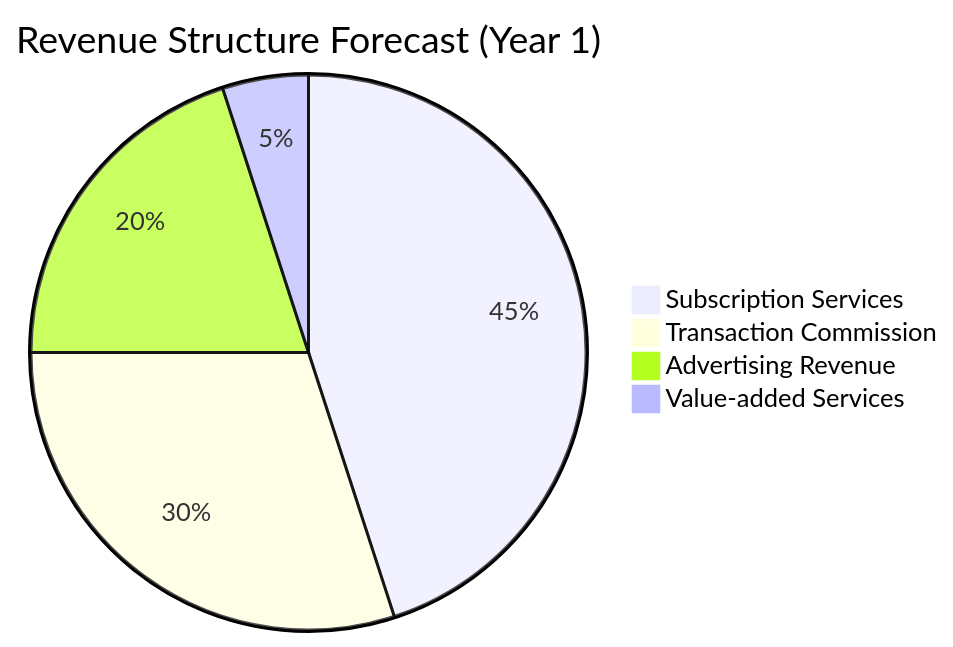
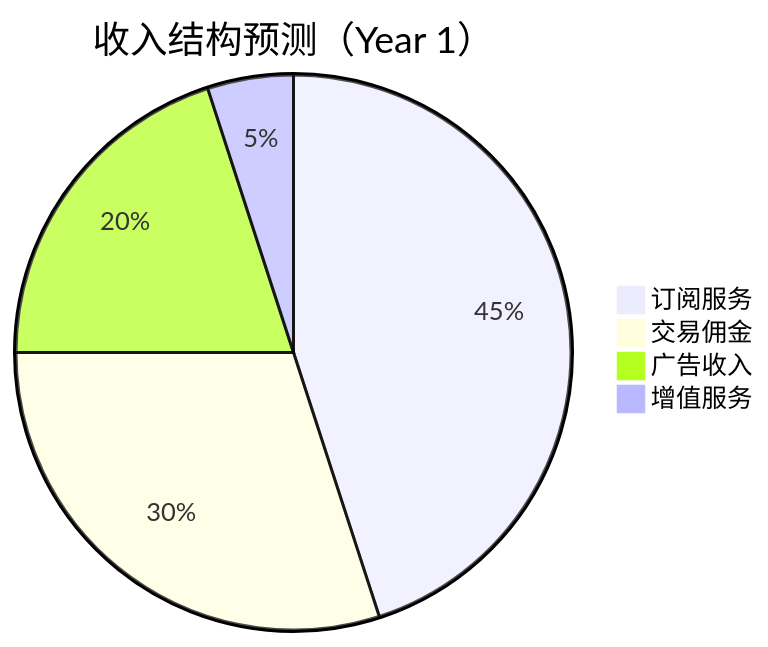
The fifth of 9 diagrams in templates/Product/Strategy/Template-BRD.md (Kirky-X/cangjie), drawn with Mermaid before and after one commit. The commit also changed other lines of this file and 33 other files, not shown here.

````diff
--- a/templates/Product/Strategy/Template-BRD.md
+++ b/templates/Product/Strategy/Template-BRD.md
@@ -217,7 +217,7 @@
 ```mermaid
-pie title Revenue Structure Forecast (Year 1)
-    "Subscription Services" : 45
-    "Transaction Commission" : 30
-    "Advertising Revenue" : 20
-    "Value-added Services" : 5
+pie title 收入结构预测（Year 1）
+    "订阅服务" : 45
+    "交易佣金" : 30
+    "广告收入" : 20
+    "增值服务" : 5
 ```
````
